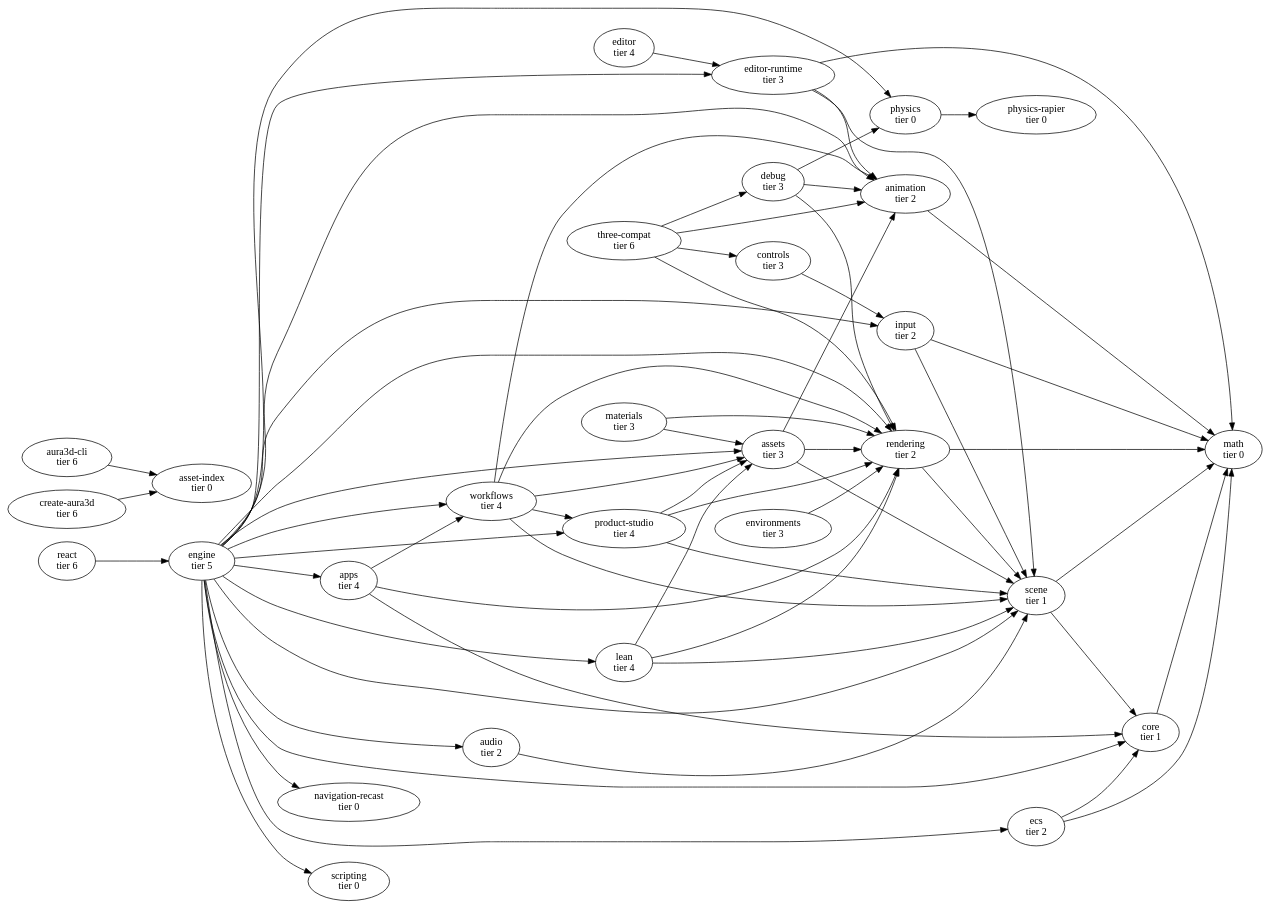
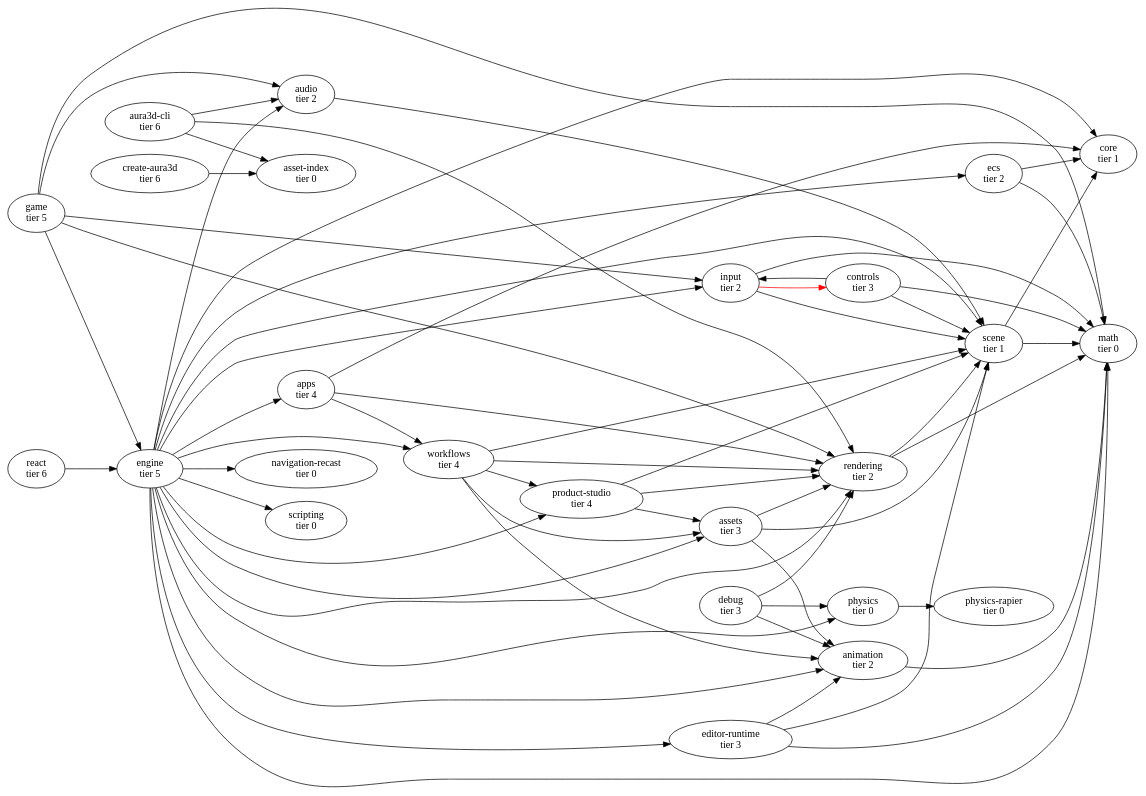
One commit to auraoneai/aura3d changed the diagram in docs/architecture/package-graph.dot. Above: the diagram before and after it, drawn with Graphviz. The commit also changed 43 other files, not shown here.

```diff
--- a/docs/architecture/package-graph.dot
+++ b/docs/architecture/package-graph.dot
@@ -1,95 +1,89 @@
 digraph aura3d {
   rankdir=LR;
   "animation" [label="animation\ntier 2"];
   "animation" -> "math";
   "apps" [label="apps\ntier 4"];
   "apps" -> "core";
   "apps" -> "rendering";
   "apps" -> "workflows";
   "asset-index" [label="asset-index\ntier 0"];
   "assets" [label="assets\ntier 3"];
   "assets" -> "animation";
   "assets" -> "rendering";
   "assets" -> "scene";
   "audio" [label="audio\ntier 2"];
   "audio" -> "scene";
   "aura3d-cli" [label="aura3d-cli\ntier 6"];
   "aura3d-cli" -> "asset-index";
+  "aura3d-cli" -> "audio";
+  "aura3d-cli" -> "rendering";
   "controls" [label="controls\ntier 3"];
   "controls" -> "input";
+  "controls" -> "math";
+  "controls" -> "scene";
   "core" [label="core\ntier 1"];
-  "core" -> "math";
   "create-aura3d" [label="create-aura3d\ntier 6"];
   "create-aura3d" -> "asset-index";
   "debug" [label="debug\ntier 3"];
   "debug" -> "animation";
   "debug" -> "physics";
   "debug" -> "rendering";
   "ecs" [label="ecs\ntier 2"];
   "ecs" -> "core";
   "ecs" -> "math";
-  "editor" [label="editor\ntier 4"];
-  "editor" -> "editor-runtime";
   "editor-runtime" [label="editor-runtime\ntier 3"];
   "editor-runtime" -> "animation";
   "editor-runtime" -> "math";
   "editor-runtime" -> "scene";
   "engine" [label="engine\ntier 5"];
   "engine" -> "animation";
   "engine" -> "apps";
   "engine" -> "assets";
   "engine" -> "audio";
   "engine" -> "core";
   "engine" -> "ecs";
   "engine" -> "editor-runtime";
   "engine" -> "input";
-  "engine" -> "lean";
+  "engine" -> "math";
   "engine" -> "navigation-recast";
   "engine" -> "physics";
   "engine" -> "product-studio";
   "engine" -> "rendering";
   "engine" -> "scene";
   "engine" -> "scripting";
   "engine" -> "workflows";
-  "environments" [label="environments\ntier 3"];
-  "environments" -> "rendering";
+  "game" [label="game\ntier 5"];
+  "game" -> "audio";
+  "game" -> "engine";
+  "game" -> "input";
+  "game" -> "math";
+  "game" -> "rendering";
   "input" [label="input\ntier 2"];
+  "input" -> "controls" [color=red];
   "input" -> "math";
   "input" -> "scene";
-  "lean" [label="lean\ntier 4"];
-  "lean" -> "assets";
-  "lean" -> "rendering";
-  "lean" -> "scene";
-  "materials" [label="materials\ntier 3"];
-  "materials" -> "assets";
-  "materials" -> "rendering";
   "math" [label="math\ntier 0"];
   "navigation-recast" [label="navigation-recast\ntier 0"];
   "physics" [label="physics\ntier 0"];
   "physics" -> "physics-rapier";
   "physics-rapier" [label="physics-rapier\ntier 0"];
   "product-studio" [label="product-studio\ntier 4"];
   "product-studio" -> "assets";
   "product-studio" -> "rendering";
   "product-studio" -> "scene";
   "react" [label="react\ntier 6"];
   "react" -> "engine";
   "rendering" [label="rendering\ntier 2"];
   "rendering" -> "math";
   "rendering" -> "scene";
   "scene" [label="scene\ntier 1"];
   "scene" -> "core";
   "scene" -> "math";
   "scripting" [label="scripting\ntier 0"];
-  "three-compat" [label="three-compat\ntier 6"];
-  "three-compat" -> "animation";
-  "three-compat" -> "controls";
-  "three-compat" -> "debug";
-  "three-compat" -> "rendering";
   "workflows" [label="workflows\ntier 4"];
   "workflows" -> "animation";
   "workflows" -> "assets";
   "workflows" -> "product-studio";
   "workflows" -> "rendering";
   "workflows" -> "scene";
 }
```
